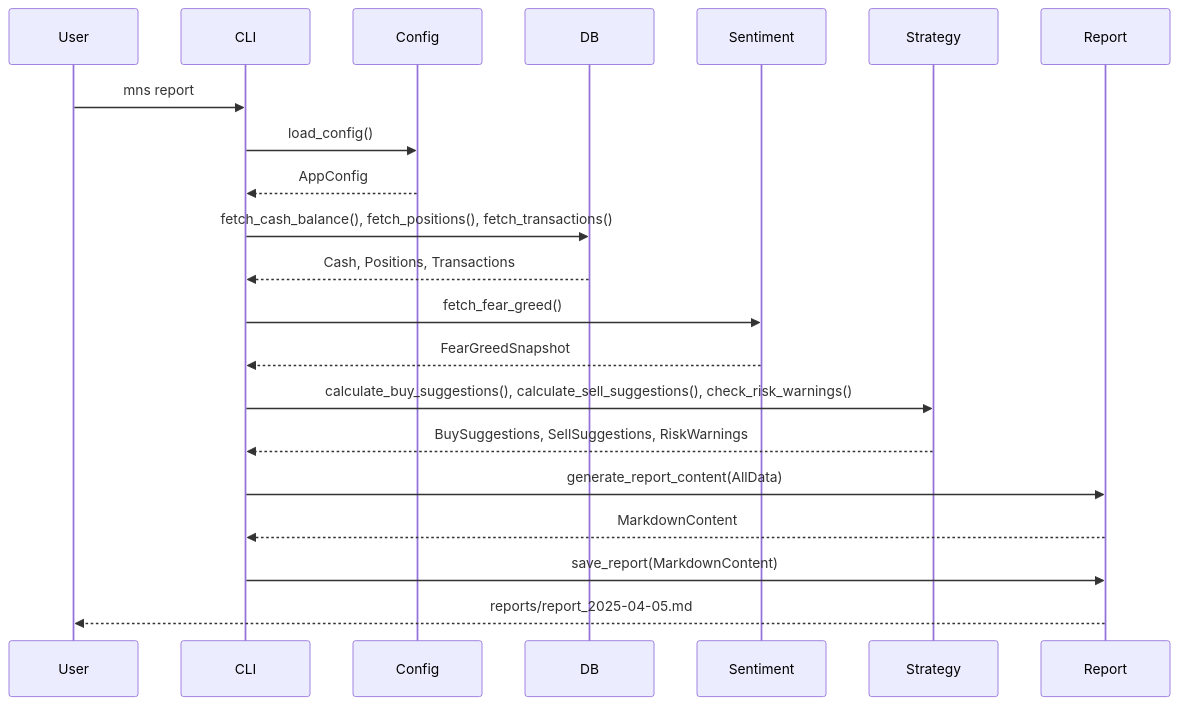
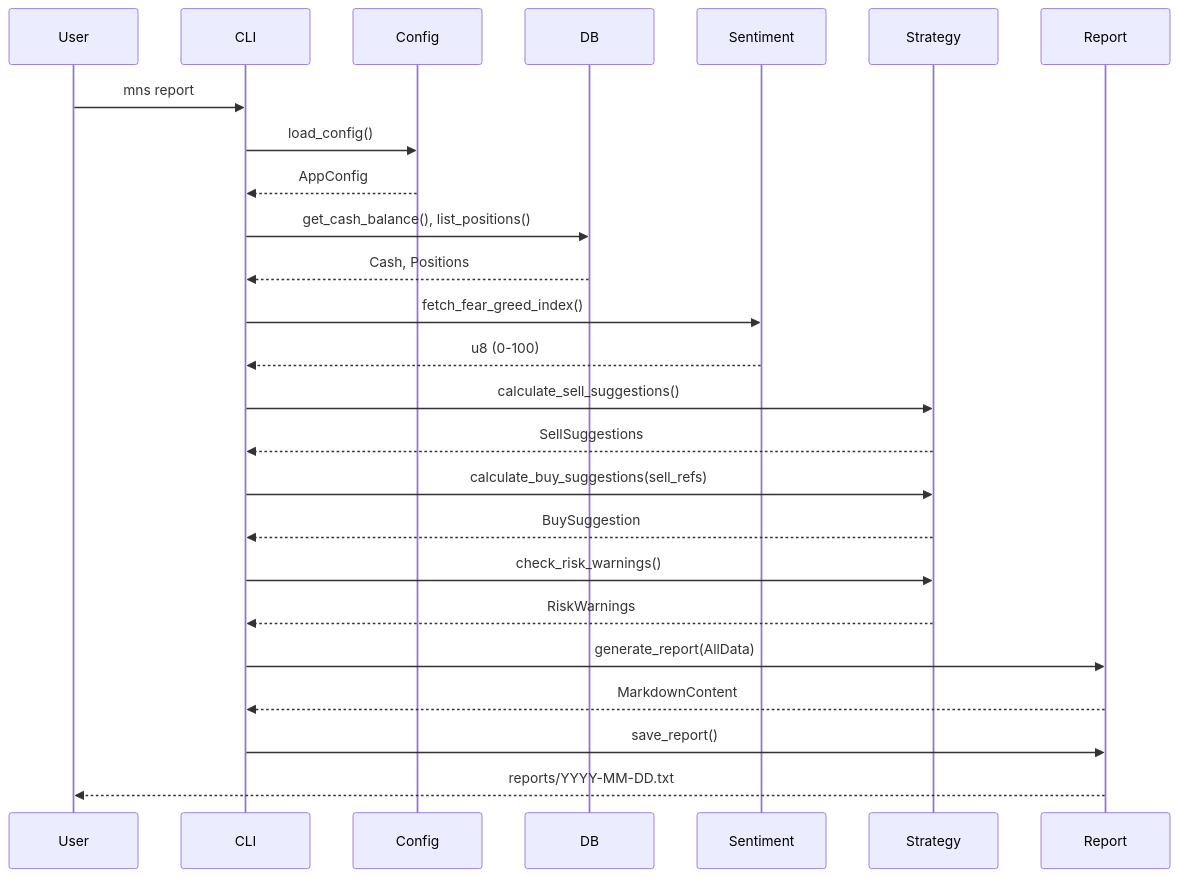
One commit to sopaco/money-never-sleep changed the first of 4 diagrams in litho.docs/3、工作流程.md. Above: the diagram before and after it, drawn with Mermaid. The commit also changed other lines of this file and 36 other files, not shown here.

````diff
--- a/litho.docs/3、工作流程.md
+++ b/litho.docs/3、工作流程.md
@@ -103,24 +25,28 @@
 ```mermaid
 sequenceDiagram
     participant User
     participant CLI
     participant Config
     participant DB
     participant Sentiment
     participant Strategy
     participant Report
 
     User->>CLI: mns report
     CLI->>Config: load_config()
     Config-->>CLI: AppConfig
-    CLI->>DB: fetch_cash_balance(), fetch_positions(), fetch_transactions()
-    DB-->>CLI: Cash, Positions, Transactions
-    CLI->>Sentiment: fetch_fear_greed()
-    Sentiment-->>CLI: FearGreedSnapshot
-    CLI->>Strategy: calculate_buy_suggestions(), calculate_sell_suggestions(), check_risk_warnings()
-    Strategy-->>CLI: BuySuggestions, SellSuggestions, RiskWarnings
-    CLI->>Report: generate_report_content(AllData)
+    CLI->>DB: get_cash_balance(), list_positions()
+    DB-->>CLI: Cash, Positions
+    CLI->>Sentiment: fetch_fear_greed_index()
+    Sentiment-->>CLI: u8 (0-100)
+    CLI->>Strategy: calculate_sell_suggestions()
+    Strategy-->>CLI: SellSuggestions
+    CLI->>Strategy: calculate_buy_suggestions(sell_refs)
+    Strategy-->>CLI: BuySuggestion
+    CLI->>Strategy: check_risk_warnings()
+    Strategy-->>CLI: RiskWarnings
+    CLI->>Report: generate_report(AllData)
     Report-->>CLI: MarkdownContent
-    CLI->>Report: save_report(MarkdownContent)
-    Report-->>User: reports/report_2025-04-05.md
+    CLI->>Report: save_report()
+    Report-->>User: reports/YYYY-MM-DD.txt
 ```
````
